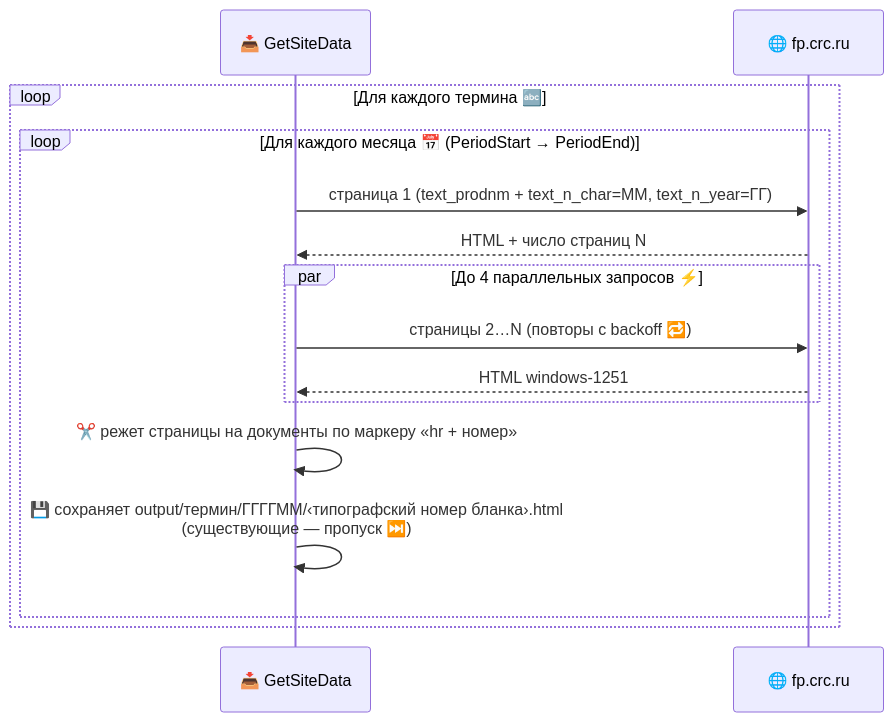
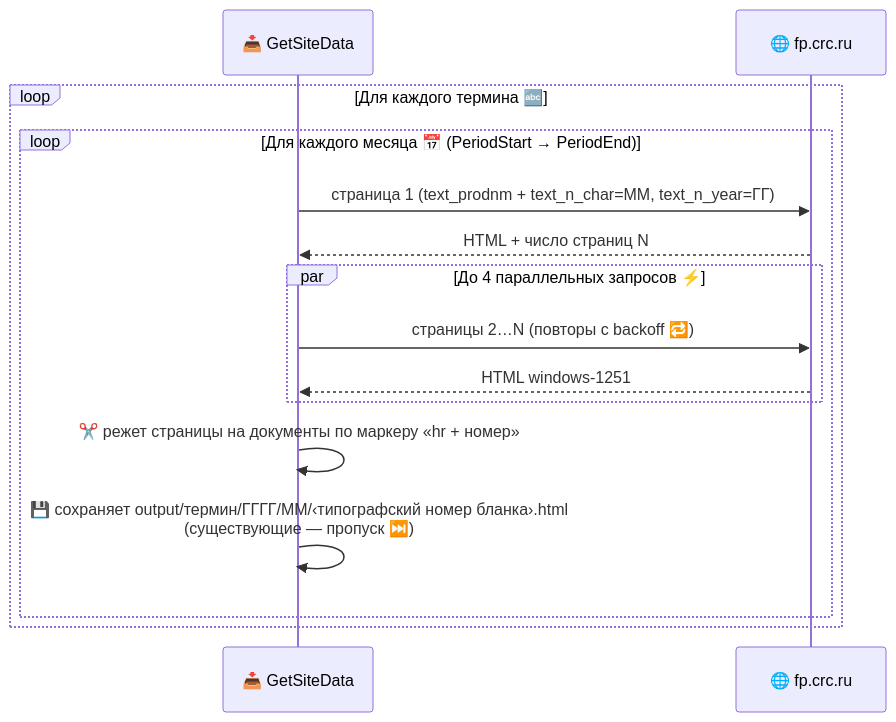
One commit to akprof2000/Get-data-from-fp.crc.ru changed the third of 4 diagrams in README.md. Above: the diagram before and after it, drawn with Mermaid. The commit also changed other lines of this file and 3 other files, not shown here.

First line of the commit message:
Раскладка выгрузки <термин>/<ГГГГ>/<ММ>; загрузчик JSON в ClickHouse

````diff
--- a/README.md
+++ b/README.md
@@ -57,17 +57,17 @@
 ```mermaid
 sequenceDiagram
     participant App as 📥 GetSiteData
     participant Site as 🌐 fp.crc.ru
     loop Для каждого термина 🔤
         loop Для каждого месяца 📅 (PeriodStart → PeriodEnd)
             App->>Site: страница 1 (text_prodnm + text_n_char=ММ, text_n_year=ГГ)
             Site-->>App: HTML + число страниц N
             par До 4 параллельных запросов ⚡
                 App->>Site: страницы 2…N (повторы с backoff 🔁)
                 Site-->>App: HTML windows-1251
             end
             App->>App: ✂️ режет страницы на документы по маркеру «hr + номер»
-            App->>App: 💾 сохраняет output/термин/ГГГГММ/‹типографский номер бланка›.html<br>(существующие — пропуск ⏭️)
+            App->>App: 💾 сохраняет output/термин/ГГГГ/ММ/‹типографский номер бланка›.html<br>(существующие — пропуск ⏭️)
         end
     end
 ```
````
